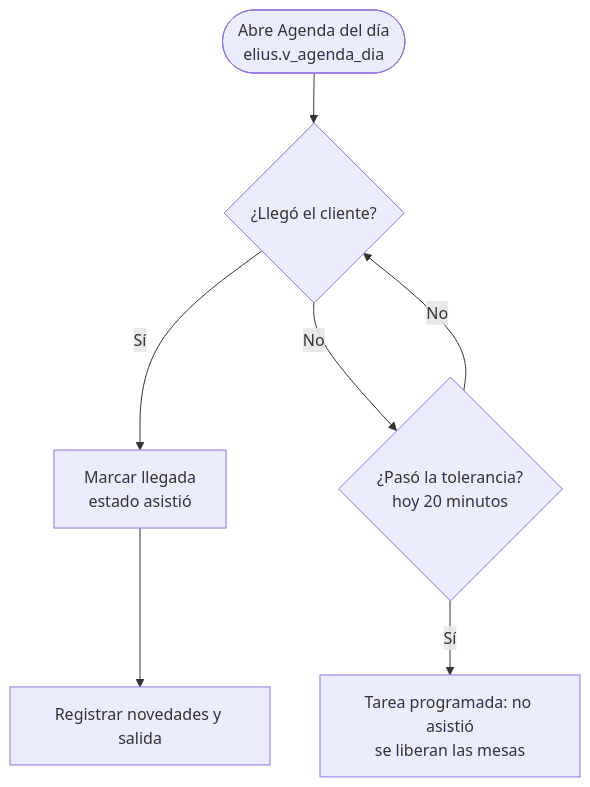
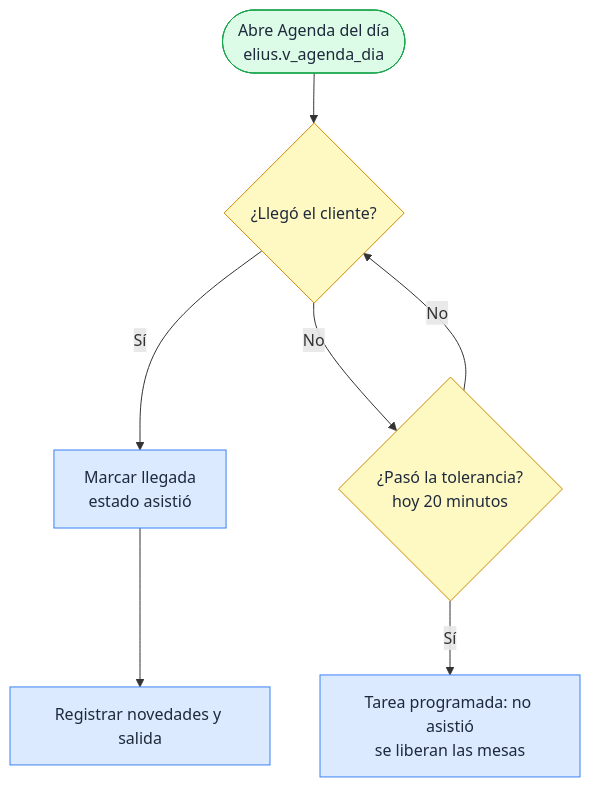
The third of 4 diagrams in docs/03_flujos_usuario/03_panel_operador.md (svzapatac/Elius), drawn with Mermaid before and after one commit. The commit also changed other lines of this file and 46 other files, not shown here.

````diff
--- a/docs/03_flujos_usuario/03_panel_operador.md
+++ b/docs/03_flujos_usuario/03_panel_operador.md
@@ -41,9 +51,14 @@
 ```mermaid
 flowchart TD
   A([Abre Agenda del día<br/>elius.v_agenda_dia]) --> B{¿Llegó el cliente?}
   B -- Sí --> C[Marcar llegada<br/>estado asistió]
   B -- No --> D{¿Pasó la tolerancia?<br/>hoy 20 minutos}
   D -- No --> B
   D -- Sí --> E[Tarea programada: no asistió<br/>se liberan las mesas]
   C --> F[Registrar novedades y salida]
+  classDef default fill:#dbeafe,stroke:#3b82f6,color:#1e293b
+  classDef dec fill:#fef9c3,stroke:#ca8a04,color:#1e293b
+  classDef ok fill:#dcfce7,stroke:#16a34a,color:#1e293b
+  class B,D dec
+  class A ok
 ```
````
